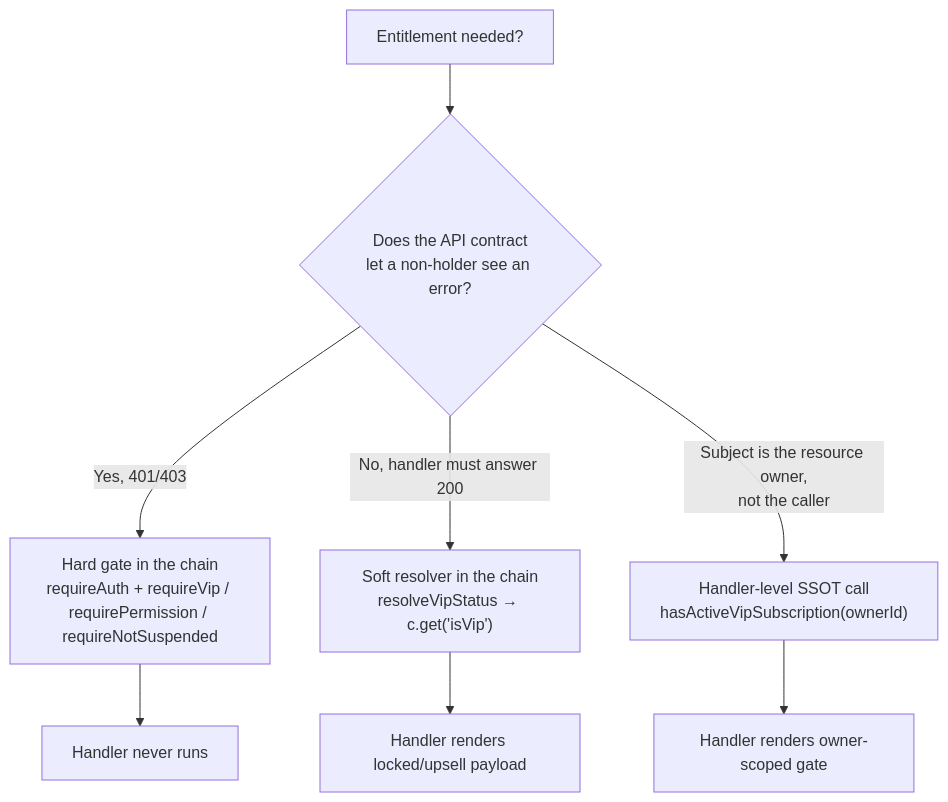
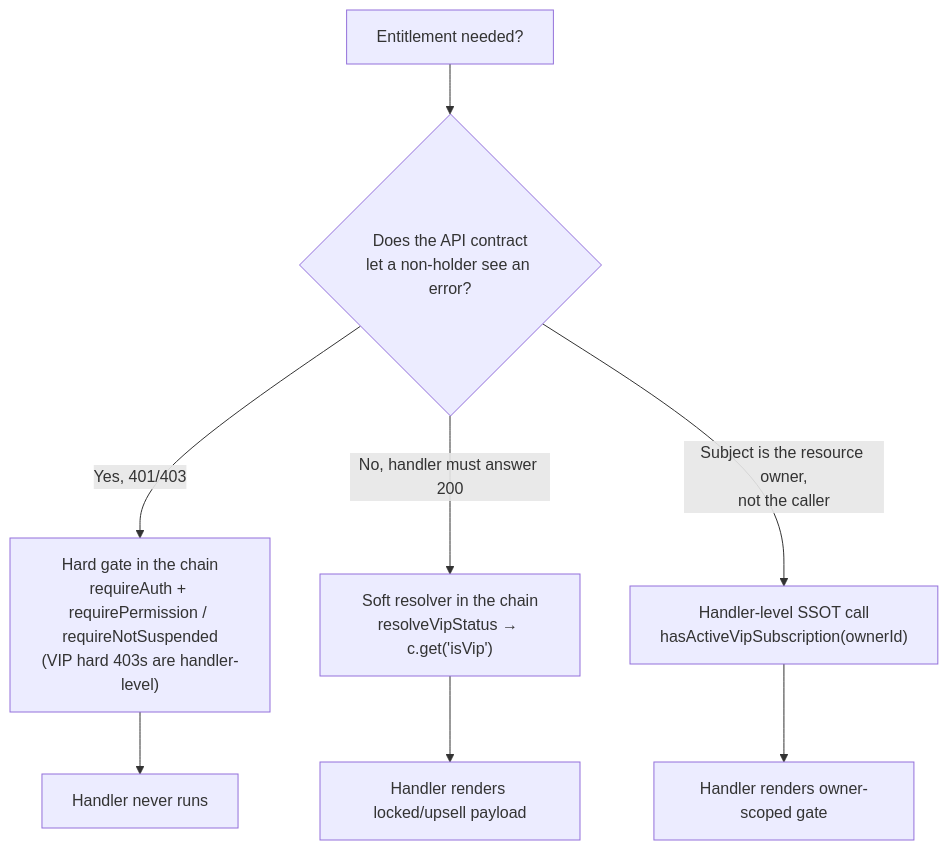
Before and after one commit to txufiknr/Twistloom-backend: the fourth of 22 diagrams in docs/architecture/MIDDLEWARE_ARCHITECTURE.md, drawn with Mermaid. The commit also changed other lines of this file and 12 other files, not shown here.

````diff
--- a/docs/architecture/MIDDLEWARE_ARCHITECTURE.md
+++ b/docs/architecture/MIDDLEWARE_ARCHITECTURE.md
@@ -215,10 +214,10 @@
 ```mermaid
 flowchart TB
     Q["Entitlement needed?"] --> R{"Does the API contract<br/>let a non-holder see an error?"}
-    R -->|Yes, 401/403| Hard["Hard gate in the chain<br/>requireAuth + requireVip / requirePermission / requireNotSuspended"]
+    R -->|Yes, 401/403| Hard["Hard gate in the chain<br/>requireAuth + requirePermission / requireNotSuspended<br/>(VIP hard 403s are handler-level)"]
     R -->|No, handler must answer 200| Soft["Soft resolver in the chain<br/>resolveVipStatus → c.get('isVip')"]
     R -->|Subject is the resource owner,<br/>not the caller| Inline["Handler-level SSOT call<br/>hasActiveVipSubscription(ownerId)"]
     Hard --> Out1["Handler never runs"]
     Soft --> Out2["Handler renders locked/upsell payload"]
     Inline --> Out3["Handler renders owner-scoped gate"]
 ```
````
